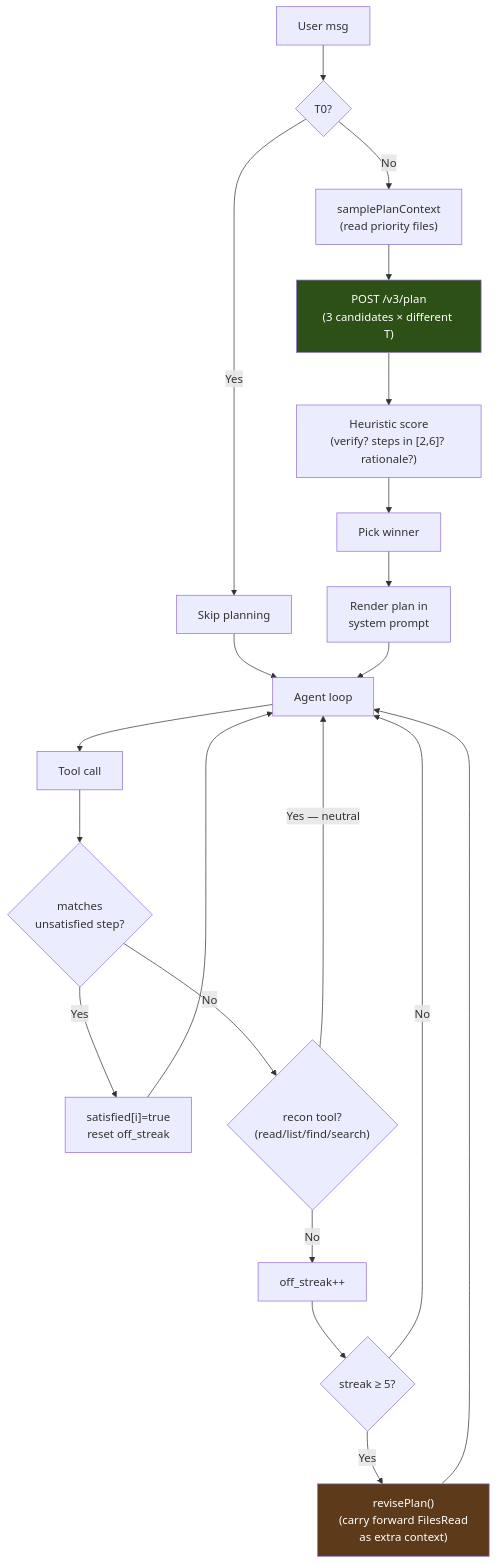
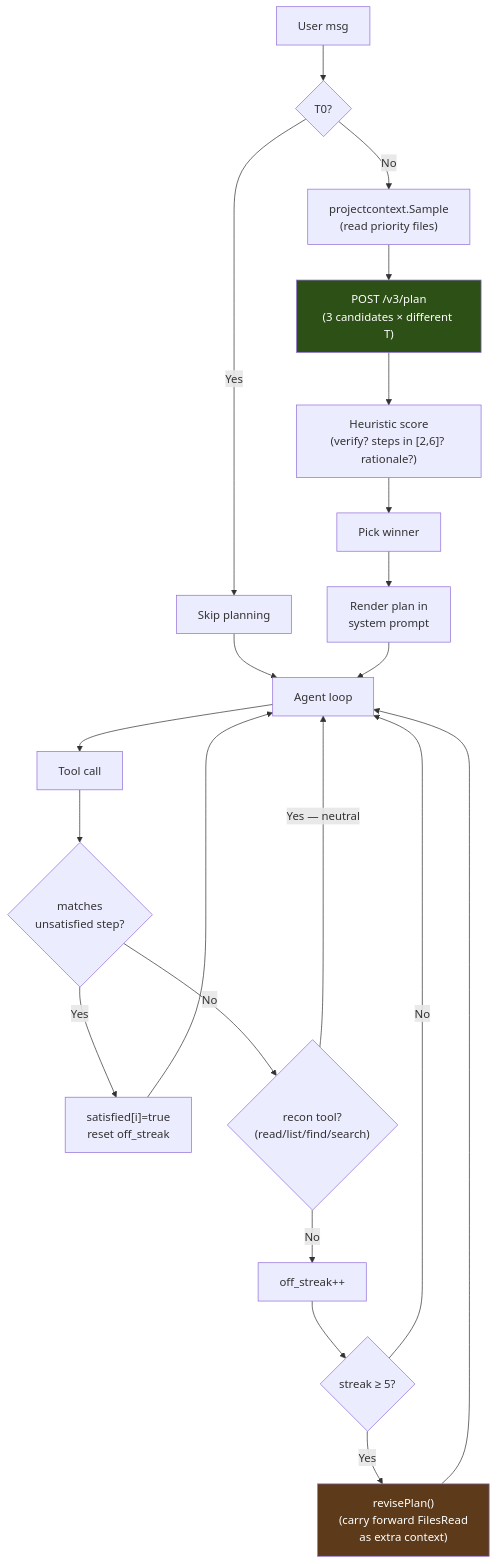
Before and after one commit to inferstep/ATLAS: the third of 11 diagrams in docs/lang/ja/ARCHITECTURE.md, drawn with Mermaid. The commit also changed other lines of this file and 14 other files, not shown here.

````diff
--- a/docs/lang/ja/ARCHITECTURE.md
+++ b/docs/lang/ja/ARCHITECTURE.md
@@ -406,23 +407,23 @@
 ```mermaid
 flowchart TD
     User["User msg"] --> Tier{T0?}
     Tier -->|Yes| Skip["Skip planning"] --> Loop["Agent loop"]
-    Tier -->|No| Sample["samplePlanContext\n(read priority files)"]
+    Tier -->|No| Sample["projectcontext.Sample\n(read priority files)"]
     Sample --> Plan["POST /v3/plan\n(3 candidates × different T)"]
     Plan --> Score["Heuristic score\n(verify? steps in [2,6]? rationale?)"]
     Score --> Best["Pick winner"]
     Best --> System["Render plan in\nsystem prompt"]
     System --> Loop
     Loop --> Tool["Tool call"]
     Tool --> Adhere{"matches\nunsatisfied step?"}
     Adhere -->|Yes| Tick["satisfied[i]=true\nreset off_streak"] --> Loop
     Adhere -->|No| Recon{"recon tool?\n(read/list/find/search)"}
     Recon -->|"Yes — neutral"| Loop
     Recon -->|No| Streak["off_streak++"]
     Streak --> Cap{streak ≥ 5?}
     Cap -->|No| Loop
     Cap -->|Yes| Revise["revisePlan()\n(carry forward FilesRead\nas extra context)"] --> Loop
 
     style Plan fill:#2d5016,color:#fff
     style Revise fill:#5c3a1a,color:#fff
 ```
````
